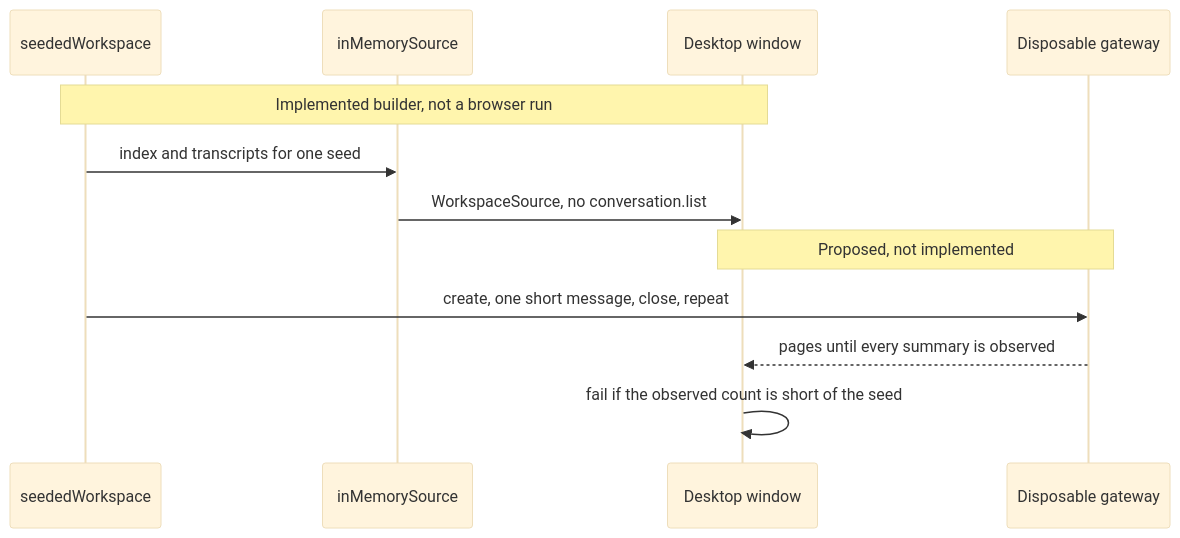
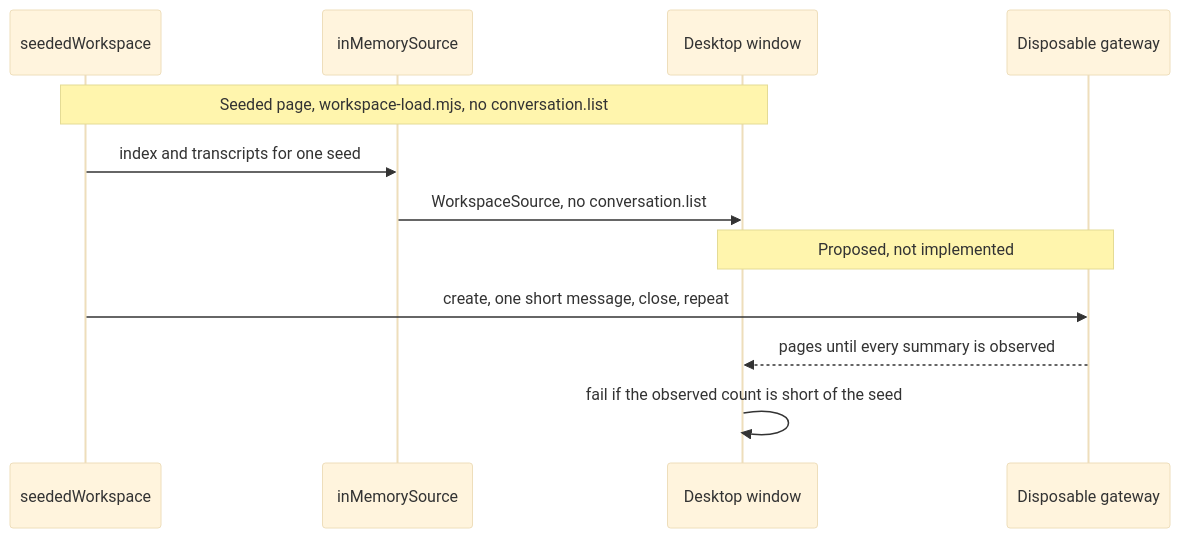
Before and after one commit to nessalabs/nessa-agent: the second of 2 diagrams in docs/design/ui-workspace-load.md, drawn with Mermaid (base theme). The commit also changed other lines of this file and 22 other files, not shown here.

First line of the commit message:
Measure desktop UI journeys on a seeded large workspace (#605)

````diff
--- a/docs/design/ui-workspace-load.md
+++ b/docs/design/ui-workspace-load.md
@@ -86,14 +91,14 @@
 ```mermaid
 sequenceDiagram
     participant Gen as seededWorkspace
     participant Mem as inMemorySource
     participant UI as Desktop window
     participant GW as Disposable gateway
-    Note over Gen,UI: Implemented builder, not a browser run
+    Note over Gen,UI: Seeded page, workspace-load.mjs, no conversation.list
     Gen->>Mem: index and transcripts for one seed
     Mem->>UI: WorkspaceSource, no conversation.list
     Note over GW,UI: Proposed, not implemented
     Gen->>GW: create, one short message, close, repeat
     GW-->>UI: pages until every summary is observed
     UI->>UI: fail if the observed count is short of the seed
 ```
````
